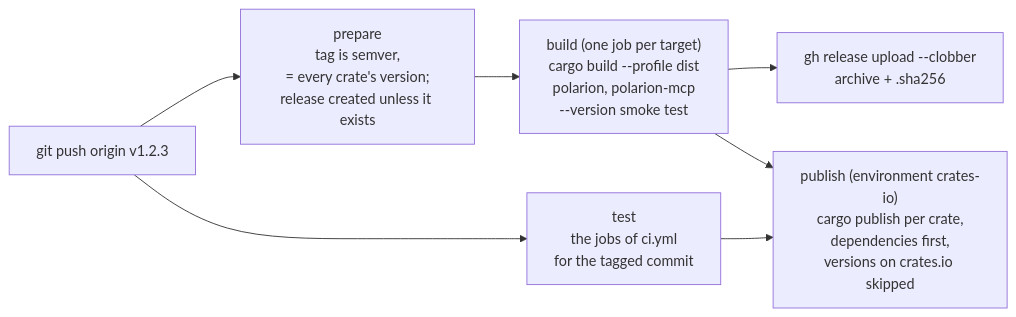
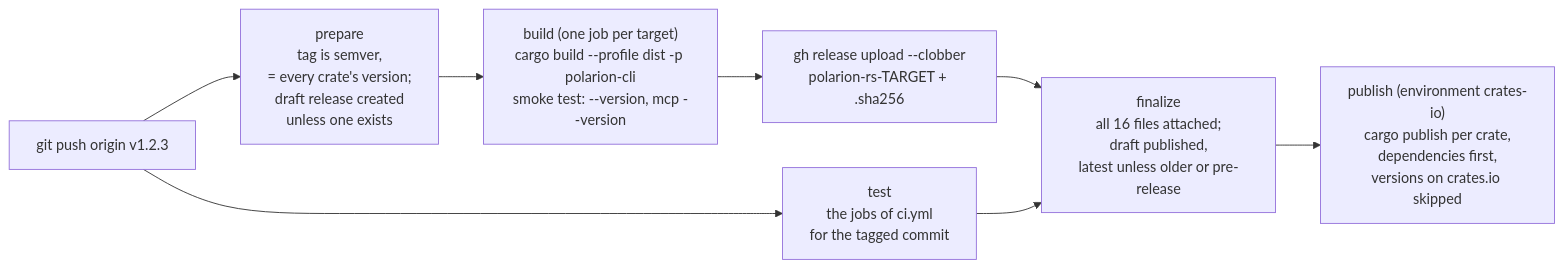
One commit to KevinGliewe/Polarion-rs changed the diagram in docs/releasing.md. Above: the diagram before and after it, drawn with Mermaid. The commit also changed other lines of this file and 40 other files, not shown here.

First line of the commit message:
One binary: the MCP server is `polarion mcp`; releases ship bare executables

````diff
--- a/docs/releasing.md
+++ b/docs/releasing.md
@@ -5,9 +6,10 @@
 ```mermaid
 flowchart LR
-    tag["git push origin v1.2.3"] --> prepare["prepare<br/>tag is semver,<br/>= every crate's version;<br/>release created unless it exists"]
-    prepare --> build["build (one job per target)<br/>cargo build --profile dist<br/>polarion, polarion-mcp<br/>--version smoke test"]
-    build --> upload["gh release upload --clobber<br/>archive + .sha256"]
+    tag["git push origin v1.2.3"] --> prepare["prepare<br/>tag is semver,<br/>= every crate's version;<br/>draft release created<br/>unless one exists"]
+    prepare --> build["build (one job per target)<br/>cargo build --profile dist -p polarion-cli<br/>smoke test: --version, mcp --version"]
+    build --> upload["gh release upload --clobber<br/>polarion-rs-TARGET + .sha256"]
     tag --> test["test<br/>the jobs of ci.yml<br/>for the tagged commit"]
-    build --> publish["publish (environment crates-io)<br/>cargo publish per crate,<br/>dependencies first,<br/>versions on crates.io skipped"]
-    test --> publish
+    upload --> finalize["finalize<br/>all 16 files attached;<br/>draft published,<br/>latest unless older or pre-release"]
+    test --> finalize
+    finalize --> publish["publish (environment crates-io)<br/>cargo publish per crate,<br/>dependencies first,<br/>versions on crates.io skipped"]
 ```
````
